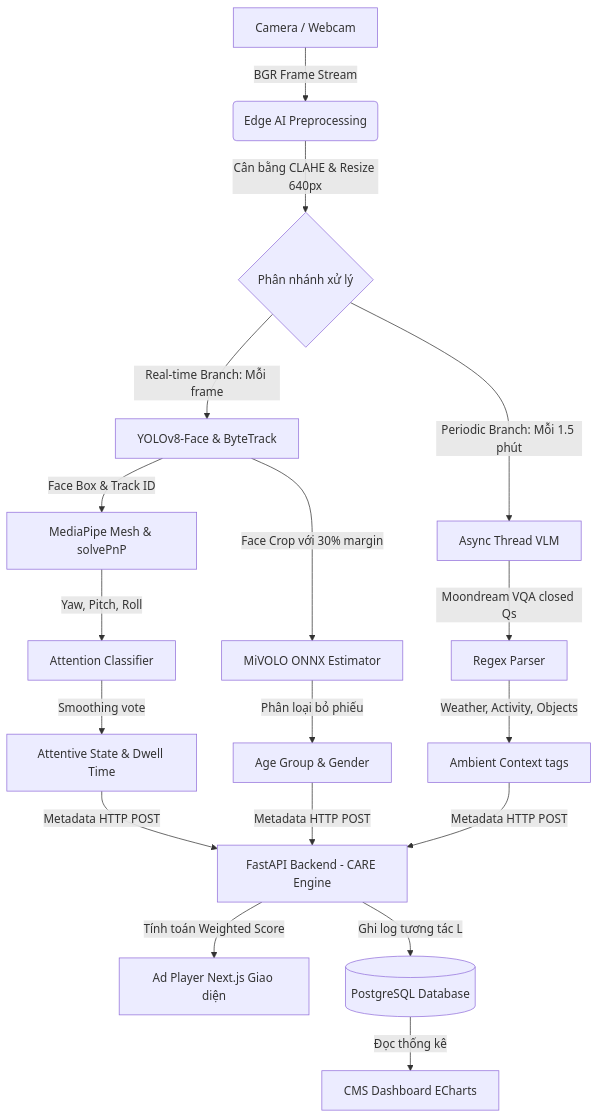
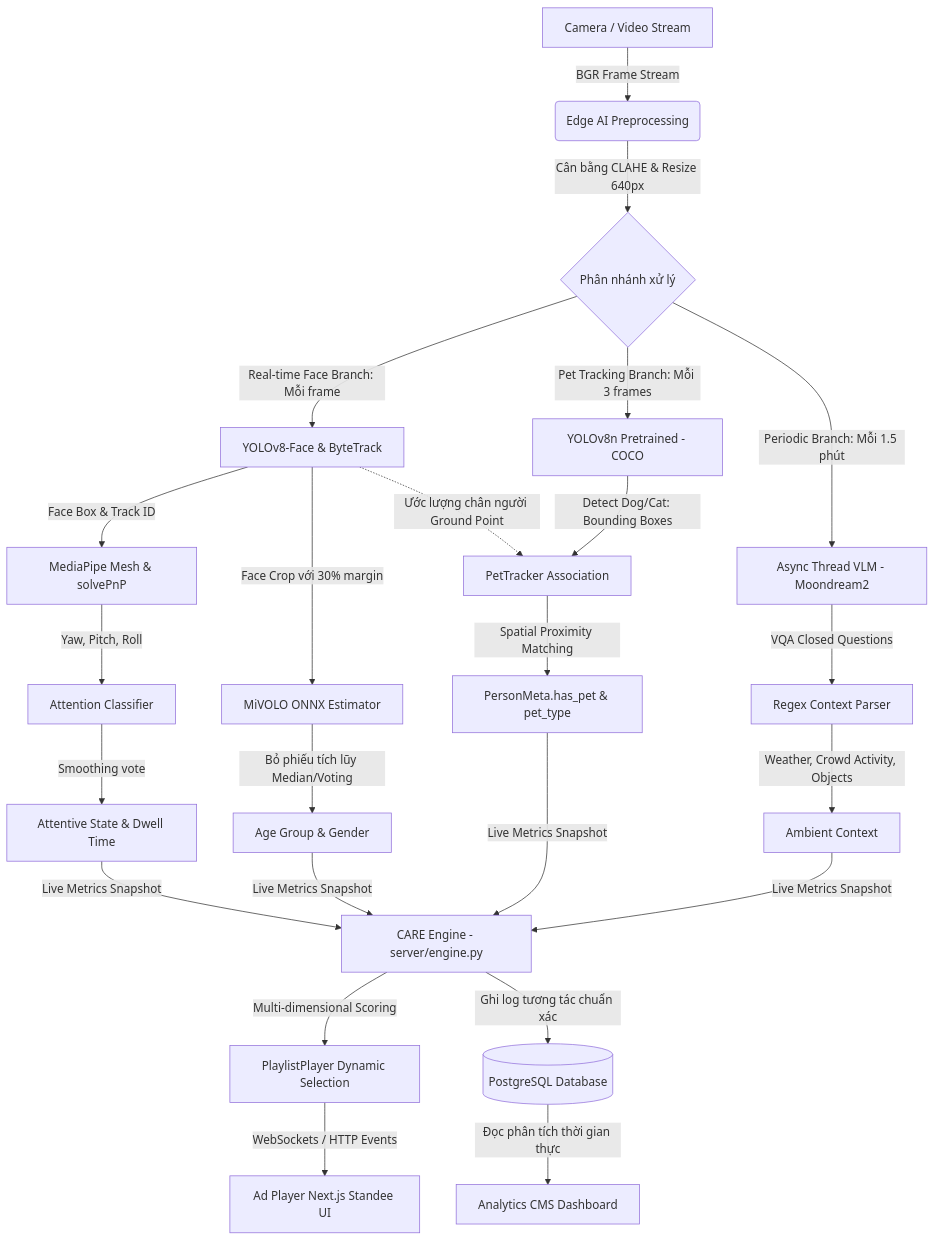
Before and after one commit to DANGTHAIBINH22/Tracking_AI: the first of 4 diagrams in architecture_flow.md, drawn with Mermaid. The commit also changed other lines of this file and 40 other files, not shown here.

Commit message:
feat: add lightweight clothing and pet trackers, remote database support, and model utility scripts

````diff
--- a/architecture_flow.md
+++ b/architecture_flow.md
@@ -9,22 +9,32 @@
 ```mermaid
 graph TD
-    A[Camera / Webcam] -->|BGR Frame Stream| B(Edge AI Preprocessing)
+    A[Camera / Video Stream] -->|BGR Frame Stream| B(Edge AI Preprocessing)
     B -->|Cân bằng CLAHE & Resize 640px| C{Phân nhánh xử lý}
     
-    C -->|Real-time Branch: Mỗi frame| D[YOLOv8-Face & ByteTrack]
+    %% Real-time Face & Person Analysis
+    C -->|Real-time Face Branch: Mỗi frame| D[YOLOv8-Face & ByteTrack]
     D -->|Face Box & Track ID| E[MediaPipe Mesh & solvePnP]
     E -->|Yaw, Pitch, Roll| F[Attention Classifier]
     F -->|Smoothing vote| G[Attentive State & Dwell Time]
     
     D -->|Face Crop với 30% margin| H[MiVOLO ONNX Estimator]
-    H -->|Phân loại bỏ phiếu| I[Age Group & Gender]
+    H -->|Bỏ phiếu tích lũy Median/Voting| I[Age Group & Gender]
     
-    C -->|Periodic Branch: Mỗi 1.5 phút| K[Async Thread VLM]
-    K -->|Moondream VQA closed Qs| L[Regex Parser]
-    L -->|Weather, Activity, Objects| M[Ambient Context tags]
+    %% Real-time Pet Tracking Branch
+    C -->|Pet Tracking Branch: Mỗi 3 frames| J[YOLOv8n Pretrained - COCO]
+    J -->|Detect Dog/Cat: Bounding Boxes| K[PetTracker Association]
+    D -.->|Ước lượng chân người Ground Point| K
+    K -->|Spatial Proximity Matching| L[PersonMeta.has_pet & pet_type]
     
-    G & I & M -->|Metadata HTTP POST| N[FastAPI Backend - CARE Engine]
-    N -->|Tính toán Weighted Score| O[Ad Player Next.js Giao diện]
-    N -->|Ghi log tương tác L| P[(PostgreSQL Database)]
-    P -->|Đọc thống kê| Q[CMS Dashboard ECharts]
+    %% Periodic Scene VLM Branch
+    C -->|Periodic Branch: Mỗi 1.5 phút| M[Async Thread VLM - Moondream2]
+    M -->|VQA Closed Questions| N[Regex Context Parser]
+    N -->|Weather, Crowd Activity, Objects| P[Ambient Context]
+    
+    %% Recommendation & Presentation
+    G & I & L & P -->|Live Metrics Snapshot| Q[CARE Engine - server/engine.py]
+    Q -->|Multi-dimensional Scoring| R[PlaylistPlayer Dynamic Selection]
+    R -->|WebSockets / HTTP Events| S[Ad Player Next.js Standee UI]
+    Q -->|Ghi log tương tác chuẩn xác| T[(PostgreSQL Database)]
+    T -->|Đọc phân tích thời gian thực| U[Analytics CMS Dashboard]
 ```
````
